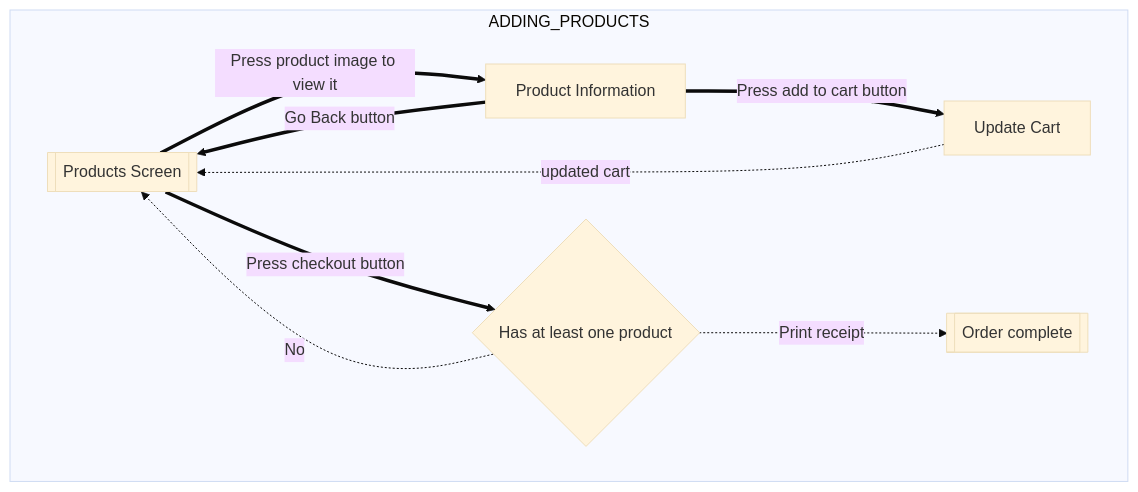
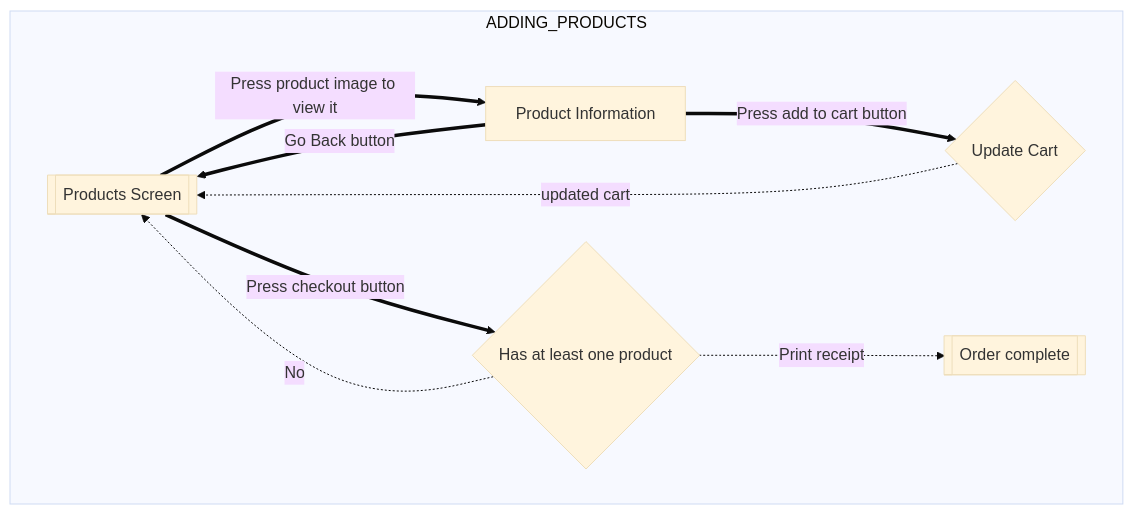
Before and after one commit to andre4352323/2452-pos: the diagram in flows.md, drawn with Mermaid (base theme).

Commit message:
update last feedback in design phase 1

```diff
--- a/flows.md
+++ b/flows.md
@@ -13,20 +13,20 @@
 :::mermaid
 flowchart
 
     subgraph ADDING_PRODUCTS
 
         start[[Products Screen]]
 
         start == Press checkout button ==> validCart{Has at least one product}
         start == Press product image to view it ==> productView
-        productView[Product Information] == Press add to cart button ==> updateCart[Update Cart]
+        productView[Product Information] == Press add to cart button ==> updateCart{Update Cart}
         updateCart -. updated cart .-> start
         productView == Go Back button ==> start
     
         validCart -. Print receipt .-> complete
         validCart -. No .-> start
        
         complete[[Order complete]]        
     
     end
 :::
```
